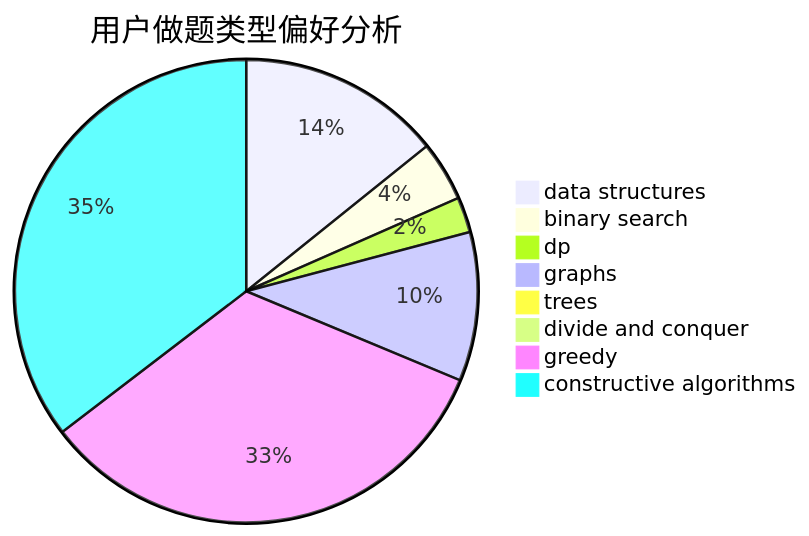
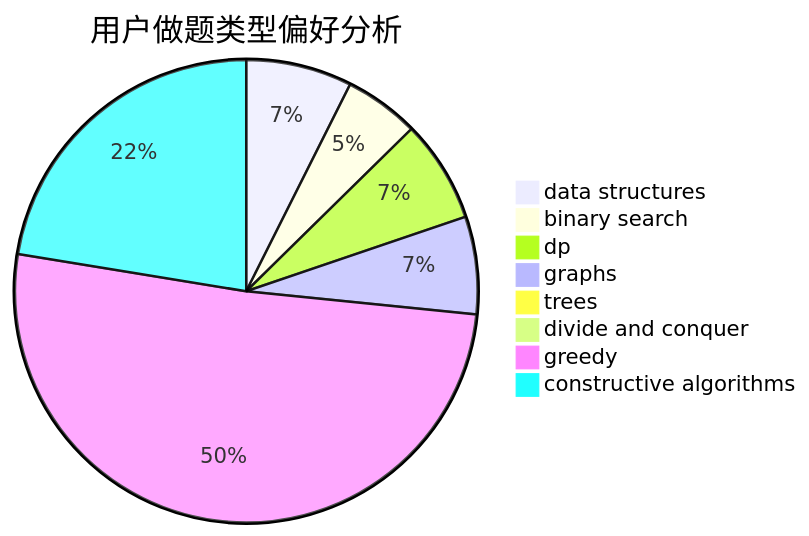
Before and after one commit to sherpahu/cfrs.github.io: the second of 3 diagrams in docs/user/u2063.md, drawn with Mermaid. The commit also changed other lines of this file and 2770 other files, not shown here.

````diff
--- a/docs/user/u2063.md
+++ b/docs/user/u2063.md
@@ -23,11 +23,11 @@
 ```mermaid
 pie title 用户做题类型偏好分析
-    "data structures" :  391
-    "binary search" :  115
-    "dp" :  68
-    "graphs" :  286
-    "trees" :  3
-    "divide and conquer" :  0
-    "greedy" :  916
-    "constructive algorithms" :  973
+    "data structures" :  174
+    "binary search" :  123
+    "dp" :  168
+    "graphs" :  160
+    "trees" :  23
+    "divide and conquer" :  16
+    "greedy" :  1198
+    "constructive algorithms" :  527
 ```
````
